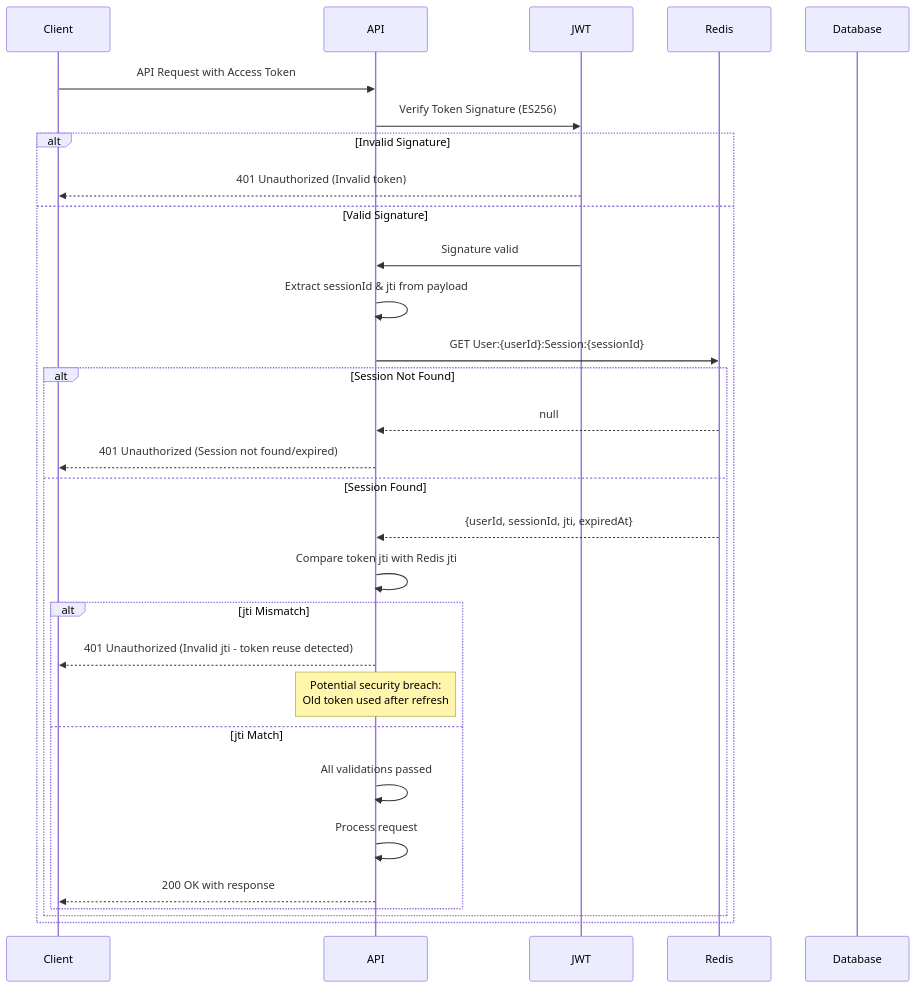
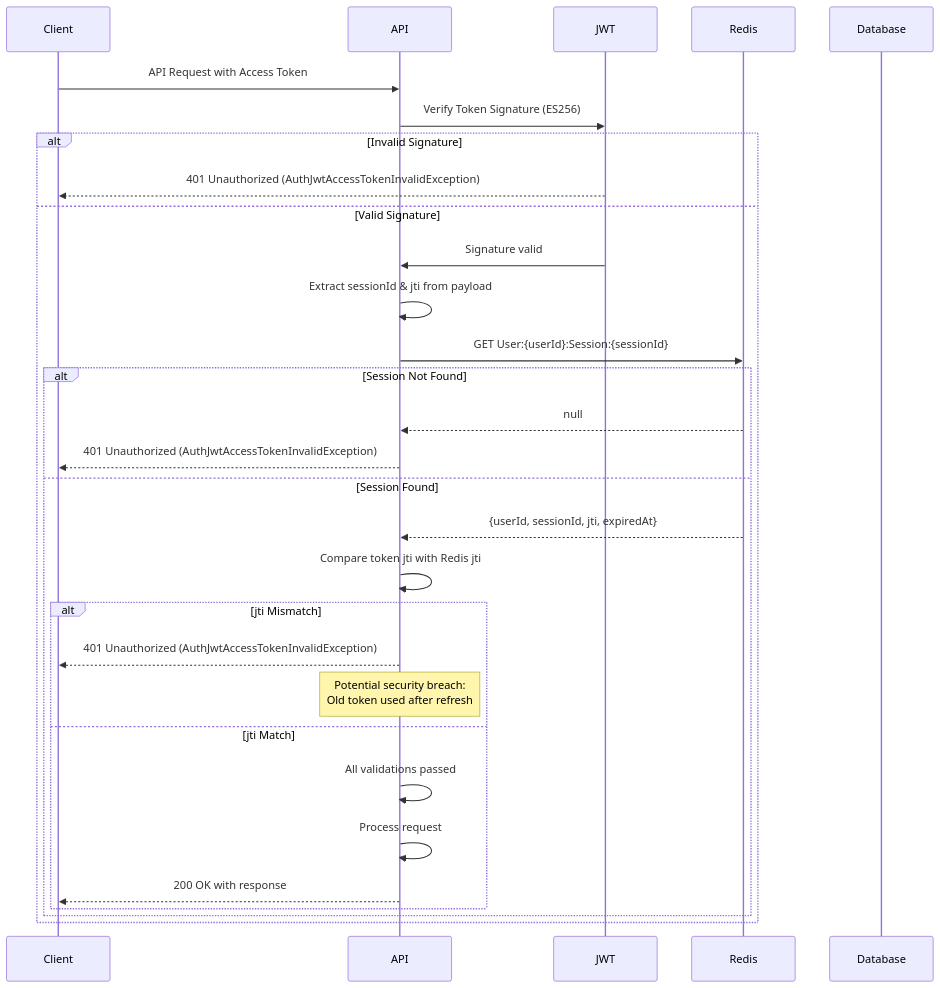
Before and after one commit to andrechristikan/ack-nestjs-boilerplate: the ninth of 9 diagrams in docs/authentication.md, drawn with Mermaid. The commit also changed other lines of this file and 156 other files, not shown here.

````diff
--- a/docs/authentication.md
+++ b/docs/authentication.md
@@ -1207,39 +1207,39 @@
 ```mermaid
 sequenceDiagram
     participant Client
     participant API
     participant JWT
     participant Redis
     participant Database
 
     Client->>API: API Request with Access Token
     
     API->>JWT: Verify Token Signature (ES256)
     alt Invalid Signature
-        JWT-->>Client: 401 Unauthorized (Invalid token)
+        JWT-->>Client: 401 Unauthorized (AuthJwtAccessTokenInvalidException)
     else Valid Signature
         JWT->>API: Signature valid
         
         API->>API: Extract sessionId & jti from payload
         
         API->>Redis: GET User:{userId}:Session:{sessionId}
         
         alt Session Not Found
             Redis-->>API: null
-            API-->>Client: 401 Unauthorized (Session not found/expired)
+            API-->>Client: 401 Unauthorized (AuthJwtAccessTokenInvalidException)
         else Session Found
             Redis-->>API: {userId, sessionId, jti, expiredAt}
             
             API->>API: Compare token jti with Redis jti
             
             alt jti Mismatch
-                API-->>Client: 401 Unauthorized (Invalid jti - token reuse detected)
+                API-->>Client: 401 Unauthorized (AuthJwtAccessTokenInvalidException)
                 Note over API: Potential security breach:<br/>Old token used after refresh
             else jti Match
                 API->>API: All validations passed
                 API->>API: Process request
                 API-->>Client: 200 OK with response
             end
         end
     end
 ```
````
